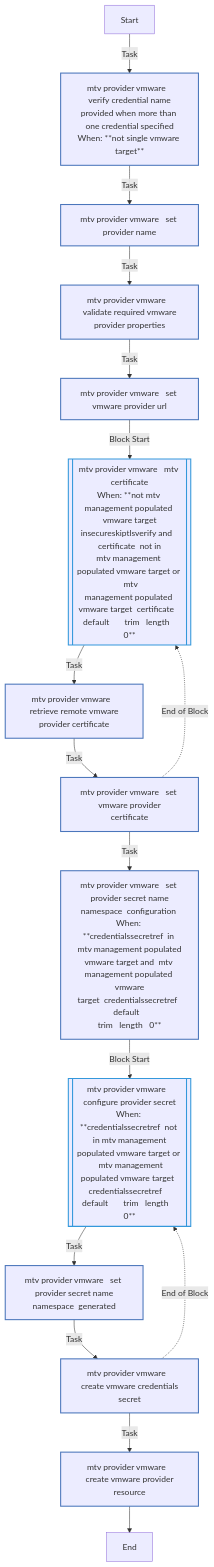
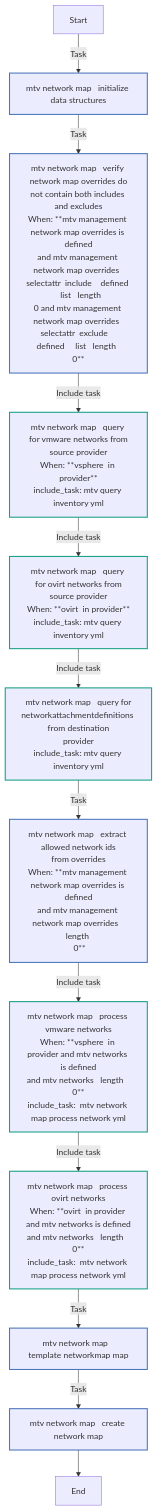
The first of 12 diagrams in roles/mtv_management/README.md (redhat-cop/openshift_virtualization_migration), drawn with Mermaid before and after one commit. The commit also changed other lines of this file and 13 other files, not shown here.

````diff
--- a/roles/mtv_management/README.md
+++ b/roles/mtv_management/README.md
@@ -270,28 +281,24 @@
 ```mermaid
 flowchart TD
 Start
 classDef block stroke:#3498db,stroke-width:2px;
 classDef task stroke:#4b76bb,stroke-width:2px;
 classDef includeTasks stroke:#16a085,stroke-width:2px;
 classDef importTasks stroke:#34495e,stroke-width:2px;
 classDef includeRole stroke:#2980b9,stroke-width:2px;
 classDef importRole stroke:#699ba7,stroke-width:2px;
 classDef includeVars stroke:#8e44ad,stroke-width:2px;
 classDef rescue stroke:#665352,stroke-width:2px;
 
-  Start-->|Task| _mtv_provider_vmware___Verify_credential_name_provided_when_more_than_one_credential_specified0[ mtv provider vmware   verify credential name<br>provided when more than one credential specified<br>When: **not single vmware target**]:::task
-  _mtv_provider_vmware___Verify_credential_name_provided_when_more_than_one_credential_specified0-->|Task| _mtv_provider_vmware___Set_provider_name1[ mtv provider vmware   set provider name]:::task
-  _mtv_provider_vmware___Set_provider_name1-->|Task| _mtv_provider_vmware___Validate_required_VMware_provider_Properties2[ mtv provider vmware   validate required vmware<br>provider properties]:::task
-  _mtv_provider_vmware___Validate_required_VMware_provider_Properties2-->|Task| _mtv_provider_vmware___Set_VMware_Provider_URL3[ mtv provider vmware   set vmware provider url]:::task
-  _mtv_provider_vmware___Set_VMware_Provider_URL3-->|Block Start| _mtv_provider_vmware___MTV_Certificate4_block_start_0[[ mtv provider vmware   mtv certificate<br>When: **not mtv management populated vmware target<br>insecureskiptlsverify and   certificate  not in<br>mtv management populated vmware target or  mtv<br>management populated vmware target  certificate   <br> default       trim   length    0**]]:::block
-  _mtv_provider_vmware___MTV_Certificate4_block_start_0-->|Task| _mtv_provider_vmware___Retrieve_Remote_VMware_Provider_Certificate0[ mtv provider vmware   retrieve remote vmware<br>provider certificate]:::task
-  _mtv_provider_vmware___Retrieve_Remote_VMware_Provider_Certificate0-->|Task| _mtv_provider_vmware___Set_VMware_Provider_Certificate1[ mtv provider vmware   set vmware provider<br>certificate]:::task
-  _mtv_provider_vmware___Set_VMware_Provider_Certificate1-.->|End of Block| _mtv_provider_vmware___MTV_Certificate4_block_start_0
-  _mtv_provider_vmware___Set_VMware_Provider_Certificate1-->|Task| _mtv_provider_vmware___Set_Provider_Secret_Name_Namespace__Configuration_5[ mtv provider vmware   set provider secret name<br>namespace  configuration <br>When: **credentialssecretref  in mtv management populated<br>vmware target and  mtv management populated vmware<br>target  credentialssecretref     default      <br>trim   length   0**]:::task
-  _mtv_provider_vmware___Set_Provider_Secret_Name_Namespace__Configuration_5-->|Block Start| _mtv_provider_vmware___Configure_Provider_Secret6_block_start_0[[ mtv provider vmware   configure provider secret<br>When: **credentialssecretref  not in mtv management<br>populated vmware target or  mtv management<br>populated vmware target  credentialssecretref    <br>default       trim   length    0**]]:::block
-  _mtv_provider_vmware___Configure_Provider_Secret6_block_start_0-->|Task| _mtv_provider_vmware___Set_Provider_Secret_Name_Namespace__Generated_0[ mtv provider vmware   set provider secret name<br>namespace  generated ]:::task
-  _mtv_provider_vmware___Set_Provider_Secret_Name_Namespace__Generated_0-->|Task| _mtv_provider_vmware___Create_VMware_credentials_secret1[ mtv provider vmware   create vmware credentials<br>secret]:::task
-  _mtv_provider_vmware___Create_VMware_credentials_secret1-.->|End of Block| _mtv_provider_vmware___Configure_Provider_Secret6_block_start_0
-  _mtv_provider_vmware___Create_VMware_credentials_secret1-->|Task| _mtv_provider_vmware___Create_VMware_Provider_resource7[ mtv provider vmware   create vmware provider<br>resource]:::task
-  _mtv_provider_vmware___Create_VMware_Provider_resource7-->End
+  Start-->|Task| _mtv_network_map___Initialize_data_structures0[ mtv network map   initialize data structures]:::task
+  _mtv_network_map___Initialize_data_structures0-->|Task| _mtv_network_map___Verify_Network_Map_Overrides_do_not_contain_both_includes_and_excludes1[ mtv network map   verify network map overrides do<br>not contain both includes and excludes<br>When: **mtv management network map overrides is defined<br>and mtv management network map overrides  <br>selectattr  include    defined     list   length  <br>0 and mtv management network map overrides  <br>selectattr  exclude    defined     list   length  <br>0**]:::task
+  _mtv_network_map___Verify_Network_Map_Overrides_do_not_contain_both_includes_and_excludes1-->|Include task| _mtv_network_map___Query_for_VMWare_Networks_from_Source_Provider_mtv_query_inventory_yml_2[ mtv network map   query for vmware networks from<br>source provider<br>When: **vsphere  in provider**<br>include_task: mtv query inventory yml]:::includeTasks
+  _mtv_network_map___Query_for_VMWare_Networks_from_Source_Provider_mtv_query_inventory_yml_2-->|Include task| _mtv_network_map___Query_for_Ovirt_Networks_from_Source_Provider_mtv_query_inventory_yml_3[ mtv network map   query for ovirt networks from<br>source provider<br>When: **ovirt  in provider**<br>include_task: mtv query inventory yml]:::includeTasks
+  _mtv_network_map___Query_for_Ovirt_Networks_from_Source_Provider_mtv_query_inventory_yml_3-->|Include task| _mtv_network_map___Query_for_NetworkAttachmentDefinitions_from_Destination_Provider_mtv_query_inventory_yml_4[ mtv network map   query for<br>networkattachmentdefinitions from destination<br>provider<br>include_task: mtv query inventory yml]:::includeTasks
+  _mtv_network_map___Query_for_NetworkAttachmentDefinitions_from_Destination_Provider_mtv_query_inventory_yml_4-->|Task| _mtv_network_map___Extract_allowed_network_IDs_from_overrides5[ mtv network map   extract allowed network ids<br>from overrides<br>When: **mtv management network map overrides is defined<br>and mtv management network map overrides   length <br> 0**]:::task
+  _mtv_network_map___Extract_allowed_network_IDs_from_overrides5-->|Include task| _mtv_network_map___Process_VMware_Networks__mtv_network_map_process_network_yml_6[ mtv network map   process vmware networks<br>When: **vsphere  in provider and mtv networks is defined<br>and mtv networks   length   0**<br>include_task:  mtv network map process network yml]:::includeTasks
+  _mtv_network_map___Process_VMware_Networks__mtv_network_map_process_network_yml_6-->|Include task| _mtv_network_map___Process_Ovirt_Networks__mtv_network_map_process_network_yml_7[ mtv network map   process ovirt networks<br>When: **ovirt  in provider and mtv networks is defined<br>and mtv networks   length   0**<br>include_task:  mtv network map process network yml]:::includeTasks
+  _mtv_network_map___Process_Ovirt_Networks__mtv_network_map_process_network_yml_7-->|Task| _mtv_network_map___Template_NetworkMap_Map8[ mtv network map   template networkmap map]:::task
+  _mtv_network_map___Template_NetworkMap_Map8-->|Task| _mtv_network_map___Create_Network_Map9[ mtv network map   create network map]:::task
+  _mtv_network_map___Create_Network_Map9-->End
 ```
````
